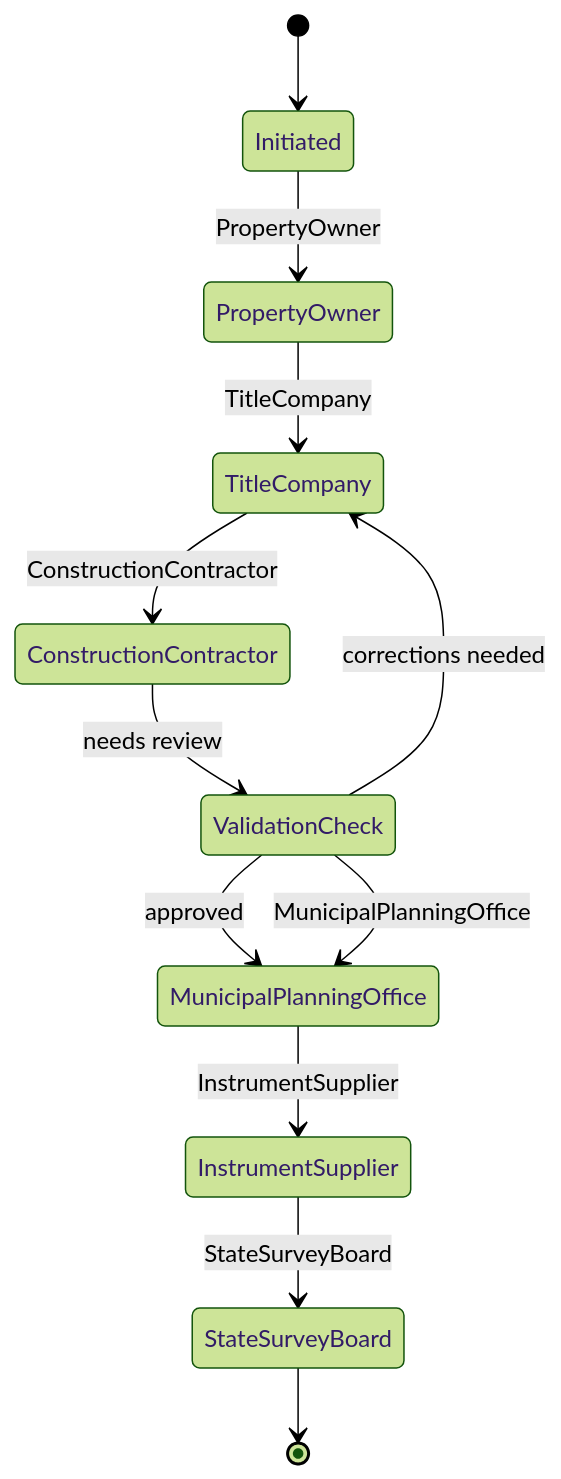
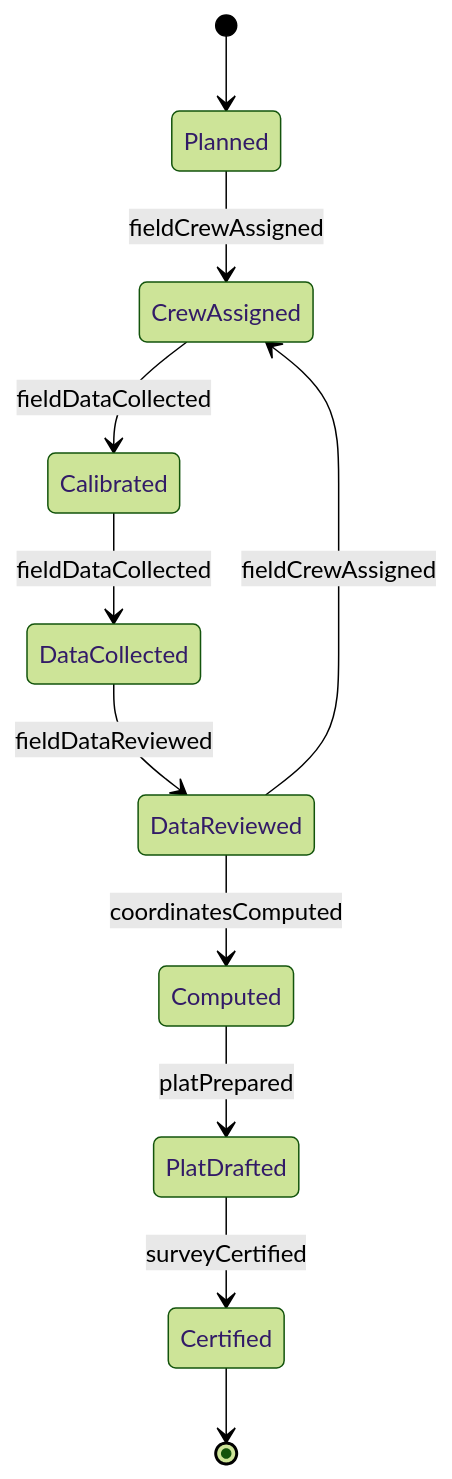
One commit to dot-org-ai/tasks.org.ai changed the second of 4 diagrams in GuidingDirectingAndMotivatingSubordinates/DirectScientificOrTechnicalActivities/DirectSurveyingActivities.mdx. Above: the diagram before and after it, drawn with Mermaid (forest theme). The commit also changed other lines of this file and 515 other files, not shown here.

````diff
--- a/GuidingDirectingAndMotivatingSubordinates/DirectScientificOrTechnicalActivities/DirectSurveyingActivities.mdx
+++ b/GuidingDirectingAndMotivatingSubordinates/DirectScientificOrTechnicalActivities/DirectSurveyingActivities.mdx
@@ -104,14 +101,13 @@
 ```mermaid
 stateDiagram-v2
-    [*] --> Initiated
-    Initiated --> PropertyOwner: PropertyOwner
-    PropertyOwner --> TitleCompany: TitleCompany
-    TitleCompany --> ConstructionContractor: ConstructionContractor
-    ConstructionContractor --> ValidationCheck: needs review
-    ValidationCheck --> TitleCompany: corrections needed
-    ValidationCheck --> MunicipalPlanningOffice: approved
-    ValidationCheck --> MunicipalPlanningOffice: MunicipalPlanningOffice
-    MunicipalPlanningOffice --> InstrumentSupplier: InstrumentSupplier
-    InstrumentSupplier --> StateSurveyBoard: StateSurveyBoard
-    StateSurveyBoard --> [*]
+    [*] --> Planned
+    Planned --> CrewAssigned : fieldCrewAssigned
+    CrewAssigned --> Calibrated : fieldDataCollected
+    Calibrated --> DataCollected : fieldDataCollected
+    DataCollected --> DataReviewed : fieldDataReviewed
+    DataReviewed --> CrewAssigned : fieldCrewAssigned
+    DataReviewed --> Computed : coordinatesComputed
+    Computed --> PlatDrafted : platPrepared
+    PlatDrafted --> Certified : surveyCertified
+    Certified --> [*]
 ```
````
